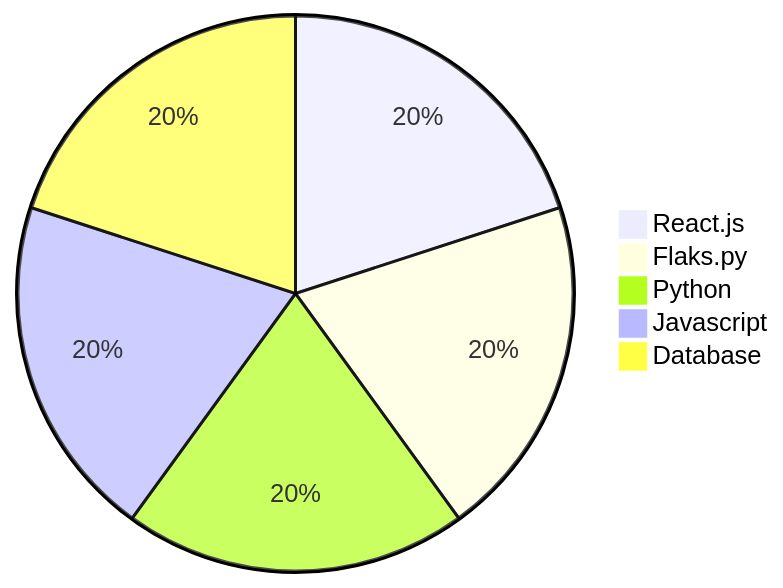
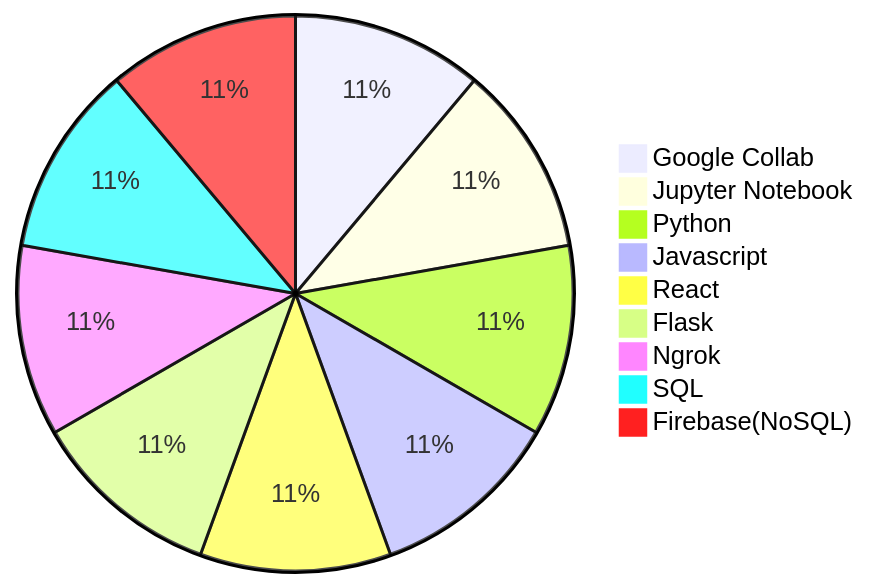
One commit to SauloCandeira/SauloCandeira changed the diagram in README.md. Above: the diagram before and after it, drawn with Mermaid. The commit also changed other lines of this file, not shown here.

````diff
--- a/README.md
+++ b/README.md
@@ -66,8 +72,12 @@
 ```mermaid
 pie
-"React.js" : 20
-"Flaks.py" : 20
-"Python" : 20
-"Javascript" : 20
-"Database" : 20
+"Google Collab" : 11
+"Jupyter Notebook" : 11
+"Python" : 11
+"Javascript" : 11
+"React" : 11
+"Flask" : 11
+"Ngrok" : 11
+"SQL" : 11
+"Firebase(NoSQL)" : 11
 ```
````
